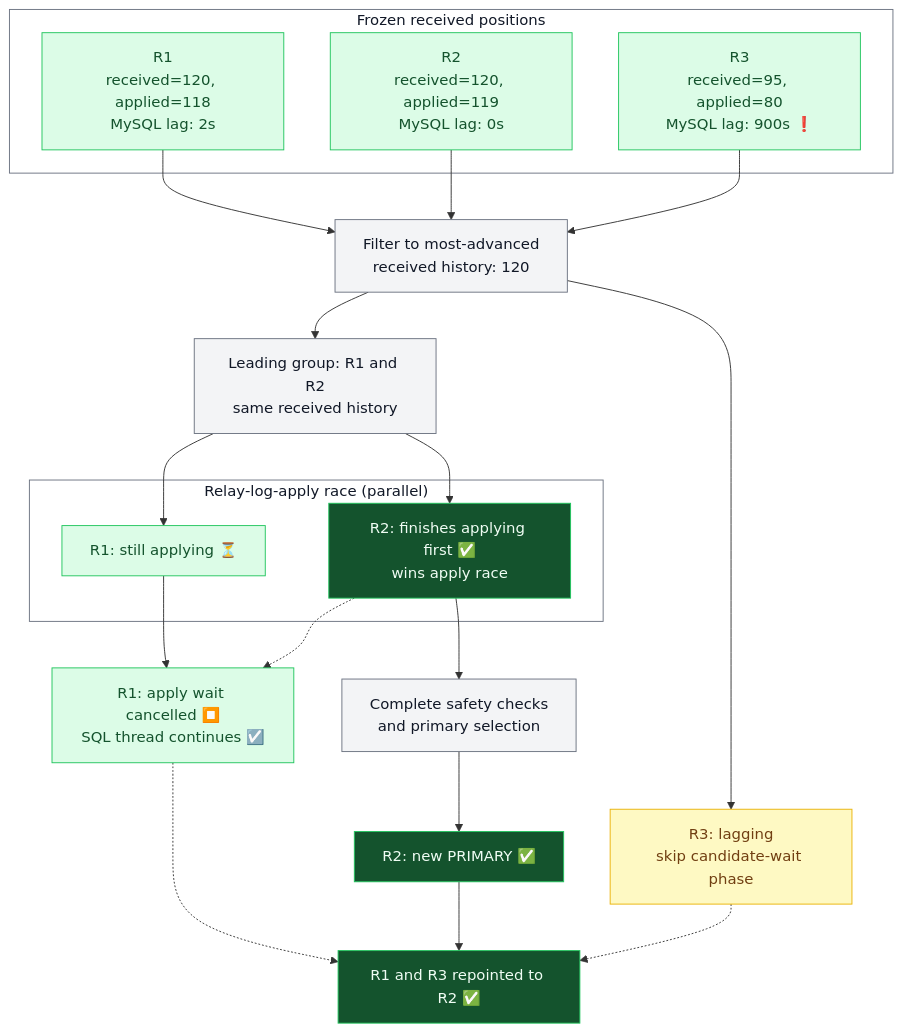
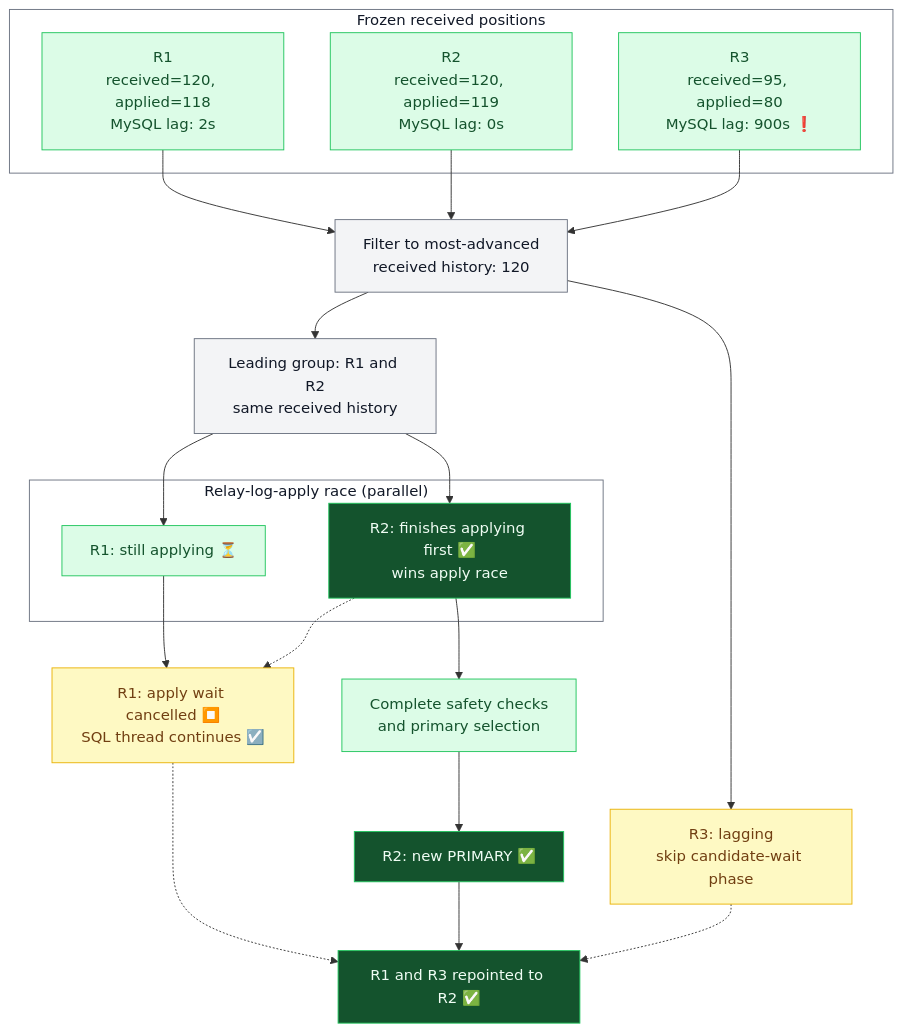
Before and after one commit to vitessio/website: the third of 3 diagrams in content/en/blog/2026-09-24-hardening-emergency-reparent-shard.md, drawn with Mermaid.

Commit message:
Refine ERS flow status colors

````diff
--- a/content/en/blog/2026-09-24-hardening-emergency-reparent-shard.md
+++ b/content/en/blog/2026-09-24-hardening-emergency-reparent-shard.md
@@ -102,39 +102,39 @@
 ```mermaid
 graph TD
     subgraph Positions["Frozen received positions"]
         R1["R1<br/>received=120, applied=118<br/>MySQL lag: 2s"]
         R2["R2<br/>received=120, applied=119<br/>MySQL lag: 0s"]
         R3["R3<br/>received=95, applied=80<br/>MySQL lag: 900s ❗"]
     end
 
     R1 --> Filter["Filter to most-advanced<br/>received history: 120"]
     R2 --> Filter
     R3 --> Filter
     Filter --> Leading["Leading group: R1 and R2<br/>same received history"]
     Filter --> Skipped["R3: lagging<br/>skip candidate-wait phase"]
 
     Leading --> ApplyR1
     Leading --> ApplyR2
     subgraph Race["Relay-log-apply race (parallel)"]
         ApplyR1["R1: still applying ⏳"]
         ApplyR2["R2: finishes applying first ✅<br/>wins apply race"]
     end
 
     ApplyR1 --> Cancelled["R1: apply wait cancelled ⏹️<br/>SQL thread continues ☑️"]
     ApplyR2 -.-> Cancelled
     ApplyR2 --> Checks["Complete safety checks<br/>and primary selection"]
     Checks --> Primary["R2: new PRIMARY ✅"]
     Primary --> Repoint["R1 and R3 repointed to R2 ✅"]
     Cancelled -.-> Repoint
     Skipped -.-> Repoint
 
     classDef default fill:#f3f4f6,stroke:#6b7280,color:#111827
     classDef healthy fill:#dcfce7,stroke:#22c55e,color:#14532d
     classDef warning fill:#fef9c3,stroke:#eab308,color:#713f12
     classDef completed fill:#14532d,stroke:#22c55e,color:#f0fdf4
-    class R1,R2,R3,ApplyR1,Cancelled healthy
-    class Skipped warning
+    class R1,R2,R3,ApplyR1,Checks healthy
+    class Skipped,Cancelled warning
     class ApplyR2,Primary,Repoint completed
     style Positions fill:#ffffff,stroke:#6b7280,color:#111827
     style Race fill:#ffffff,stroke:#6b7280,color:#111827
 ```
````
